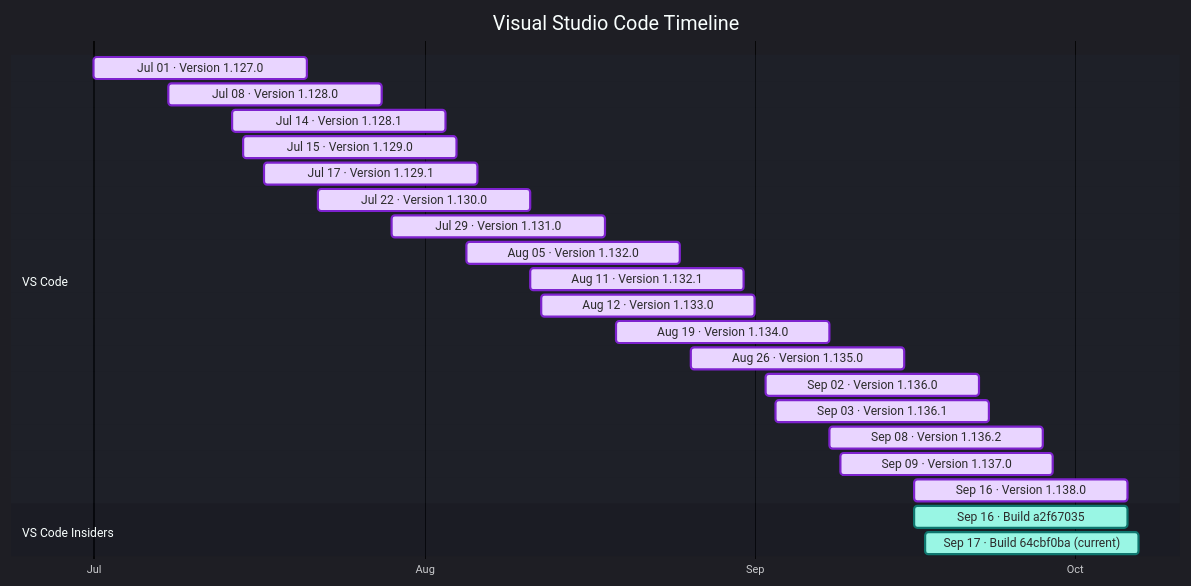
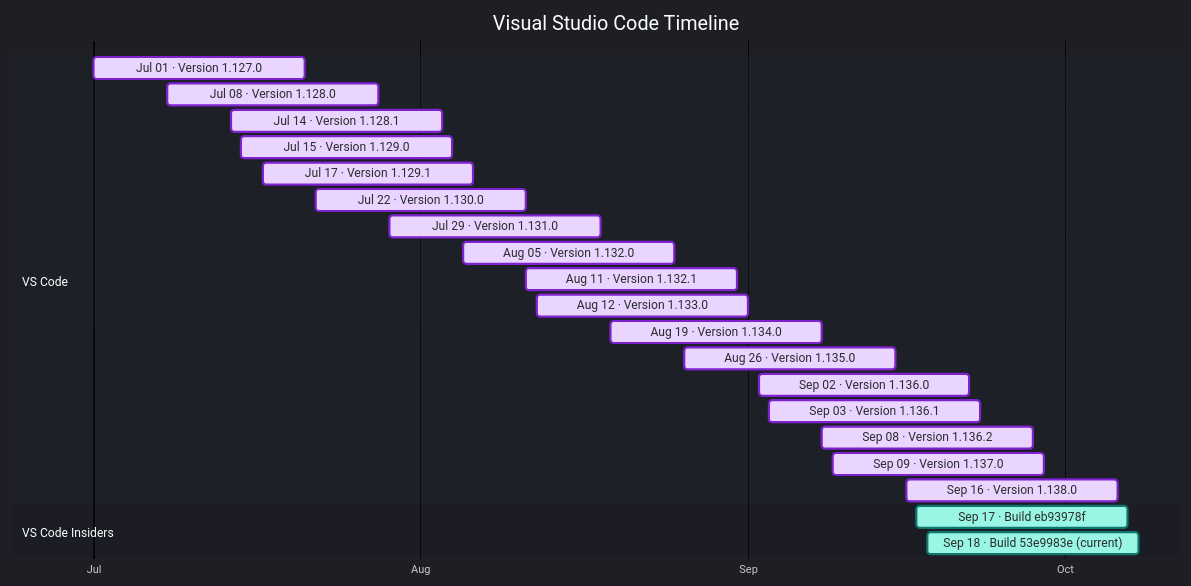
Before and after one commit to Oxelya-DevTools/VisualStudioUpdate: the diagram in docs/vscode.md, drawn with Mermaid. The commit also changed other lines of this file and 1 other file, not shown here.

````diff
--- a/docs/vscode.md
+++ b/docs/vscode.md
@@ -9,29 +9,29 @@
 ```mermaid
 %%{init: {'theme':'dark','themeVariables': { 'fontFamily': 'Segoe UI', 'fontSize': '24px', 'textColor': '#F3F4F6', 'titleTextColor': '#FFFFFF', 'taskTextColor': '#111827', 'taskTextLightColor': '#111827', 'taskTextOutsideColor': '#F3F4F6', 'taskBkgColor': '#BAE6FD', 'taskBorderColor': '#0369A1', 'doneTaskBkgColor': '#E9D5FF', 'doneTaskBorderColor': '#7E22CE', 'activeTaskBkgColor': '#99F6E4', 'activeTaskBorderColor': '#0F766E', 'critTaskBkgColor': '#FED7AA', 'critTaskBorderColor': '#C2410C', 'sectionBkgColor': '#1F2937', 'altSectionBkgColor': '#111827', 'gridColor': '#4B5563', 'todayLineColor': '#F87171' }}}%%
 gantt
     title Visual Studio Code Timeline
     dateFormat  YYYY-MM-DD
     axisFormat  %b
     tickInterval 1month
     section VS Code
     Jul 01 · Version 1.127.0 : done, vscode202607010, 2026-07-01, 20d
     Jul 08 · Version 1.128.0 : done, vscode202607081, 2026-07-08, 20d
     Jul 14 · Version 1.128.1 : done, vscode202607142, 2026-07-14, 20d
     Jul 15 · Version 1.129.0 : done, vscode202607153, 2026-07-15, 20d
     Jul 17 · Version 1.129.1 : done, vscode202607174, 2026-07-17, 20d
     Jul 22 · Version 1.130.0 : done, vscode202607225, 2026-07-22, 20d
     Jul 29 · Version 1.131.0 : done, vscode202607296, 2026-07-29, 20d
     Aug 05 · Version 1.132.0 : done, vscode202608057, 2026-08-05, 20d
     Aug 11 · Version 1.132.1 : done, vscode202608118, 2026-08-11, 20d
     Aug 12 · Version 1.133.0 : done, vscode202608129, 2026-08-12, 20d
     Aug 19 · Version 1.134.0 : done, vscode2026081910, 2026-08-19, 20d
     Aug 26 · Version 1.135.0 : done, vscode2026082611, 2026-08-26, 20d
     Sep 02 · Version 1.136.0 : done, vscode2026090212, 2026-09-02, 20d
     Sep 03 · Version 1.136.1 : done, vscode2026090313, 2026-09-03, 20d
     Sep 08 · Version 1.136.2 : done, vscode2026090814, 2026-09-08, 20d
     Sep 09 · Version 1.137.0 : done, vscode2026090915, 2026-09-09, 20d
     Sep 16 · Version 1.138.0 : done, vscode2026091616, 2026-09-16, 20d
     section VS Code Insiders
-    Sep 16 · Build a2f67035 : active, vscodeinsiders202609160, 2026-09-16, 20d
-    Sep 17 · Build 64cbf0ba (current) : active, vscodeinsiders202609171, 2026-09-17, 20d
+    Sep 17 · Build eb93978f : active, vscodeinsiders202609170, 2026-09-17, 20d
+    Sep 18 · Build 53e9983e (current) : active, vscodeinsiders202609181, 2026-09-18, 20d
 ```
````
